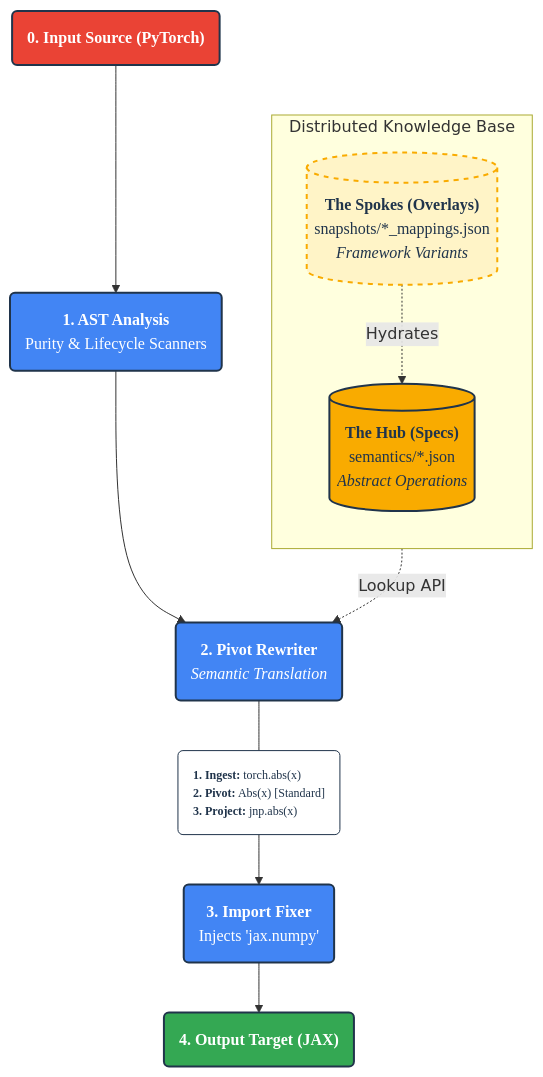
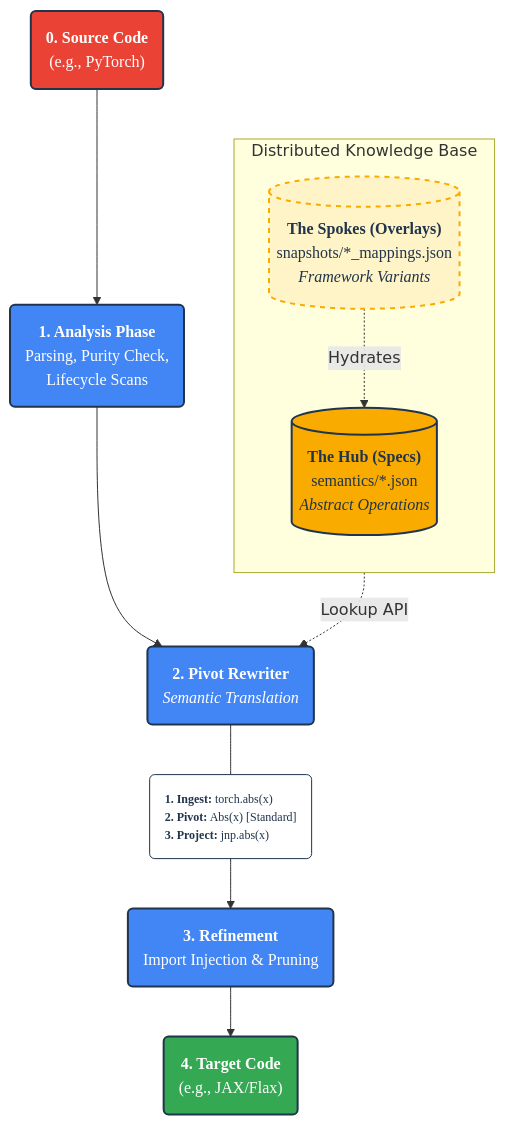
Before and after one commit to SamuelMarks/ml-switcheroo: the diagram in README.md, drawn with Mermaid. The commit also changed other lines of this file and 6 other files, not shown here.

Commit message:
[{ARCHITECTURE,EXTENDING,MAINTENANCE,README}.md] Update to reflect current state ; [tests/frameworks/test_{jax_crawlers,keras,torch}.py] Get tests to work on both CI and locally rather than just locally

````diff
--- a/README.md
+++ b/README.md
@@ -23,42 +40,38 @@
 ```mermaid
 graph TD
-    %% =================================================================================
-    %% THEME CONFIGURATION
-    %% Colors: Blue 500 (#4285f4), Green 500 (#34a853), Yellow 600 (#f9ab00), Red 500 (#ea4335) 
-    %% Navy (#20344b), White (#ffffff) 
-    %% =================================================================================
-    classDef default font-family:'Google Sans Normal',color:#20344b,stroke:#20344b,stroke-width:1px; 
-    classDef source fill:#ea4335,stroke:#20344b,stroke-width:2px,color:#ffffff,font-family:'Google Sans Medium',rx:5px; 
-    classDef engine fill:#4285f4,stroke:#20344b,stroke-width:2px,color:#ffffff,font-family:'Google Sans Medium',rx:5px; 
-    classDef hub fill:#f9ab00,stroke:#20344b,stroke-width:2px,color:#20344b,font-family:'Google Sans Medium',rx:5px; 
-    classDef spoke fill:#fff4c7,stroke:#f9ab00,stroke-width:2px,stroke-dasharray: 5 5,color:#20344b,font-family:'Google Sans Medium',rx:5px; 
-    classDef target fill:#34a853,stroke:#20344b,stroke-width:2px,color:#ffffff,font-family:'Google Sans Medium',rx:5px; 
-    classDef codeBlock fill:#ffffff,stroke:#20344b,stroke-width:1px,font-family:'Roboto Mono Normal',text-align:left,font-size:12px; 
+    %% Theme
+    classDef default font-family:'Google Sans Normal',color:#20344b,stroke:#20344b,stroke-width:1px;
+    classDef source fill:#ea4335,stroke:#20344b,stroke-width:2px,color:#ffffff,font-family:'Google Sans Medium',rx:5px;
+    classDef engine fill:#4285f4,stroke:#20344b,stroke-width:2px,color:#ffffff,font-family:'Google Sans Medium',rx:5px;
+    classDef hub fill:#f9ab00,stroke:#20344b,stroke-width:2px,color:#20344b,font-family:'Google Sans Medium',rx:5px;
+    classDef spoke fill:#fff4c7,stroke:#f9ab00,stroke-width:2px,stroke-dasharray: 5 5,color:#20344b,font-family:'Google Sans Medium',rx:5px;
+    classDef target fill:#34a853,stroke:#20344b,stroke-width:2px,color:#ffffff,font-family:'Google Sans Medium',rx:5px;
+    classDef codeBlock fill:#ffffff,stroke:#20344b,stroke-width:1px,font-family:'Roboto Mono Normal',text-align:left,font-size:12px;
 
-    SRC_HEADER("<b>0. Input Source (PyTorch)</b>"):::source
-    PARSER("<b>1. AST Analysis</b><br/>Purity & Lifecycle Scanners"):::engine
+    SRC_HEADER("<b>0. Source Code</b><br/>(e.g., PyTorch)"):::source
+    PARSER("<b>1. Analysis Phase</b><br/>Parsing, Purity Check,<br/>Lifecycle Scans"):::engine
     
     SRC_HEADER --> PARSER
 
-    %% --- THE HUB AND SPOKE KNOWLEDGE BASE ---
+    %% The Knowledge Base
     subgraph KB [Distributed Knowledge Base]
         direction TB
         SPECS[("<b>The Hub (Specs)</b><br/>semantics/*.json<br/><i>Abstract Operations</i>")]:::hub
         MAPS[("<b>The Spokes (Overlays)</b><br/>snapshots/*_mappings.json<br/><i>Framework Variants</i>")]:::spoke
         
         MAPS -.->|" Hydrates "| SPECS
     end
     
     REWRITER("<b>2. Pivot Rewriter</b><br/><i>Semantic Translation</i>"):::engine
     KB -.->|" Lookup API "| REWRITER
     PARSER --> REWRITER
 
     PIVOT_LOGIC("<b>1. Ingest:</b> torch.abs(x)<br/><b>2. Pivot:</b> Abs(x) [Standard]<br/><b>3. Project:</b> jnp.abs(x)"):::codeBlock
     REWRITER --- PIVOT_LOGIC
     
-    FIXER("<b>3. Import Fixer</b><br/>Injects 'jax.numpy'"):::engine
+    FIXER("<b>3. Refinement</b><br/>Import Injection & Pruning"):::engine
     PIVOT_LOGIC --> FIXER
 
-    TGT_HEADER("<b>4. Output Target (JAX)</b>"):::target
+    TGT_HEADER("<b>4. Target Code</b><br/>(e.g., JAX/Flax)"):::target
     FIXER --> TGT_HEADER
 ```
````
